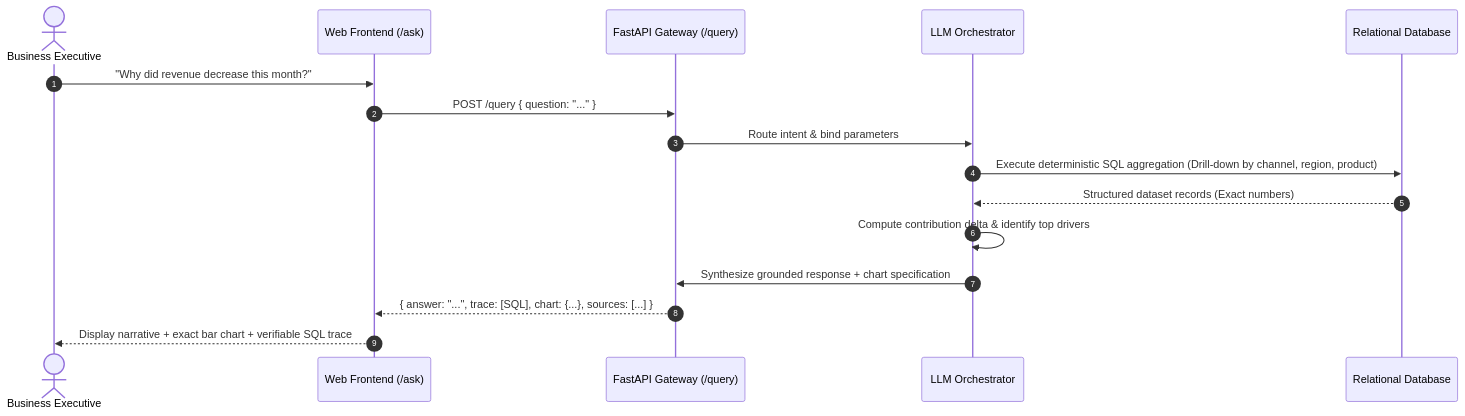
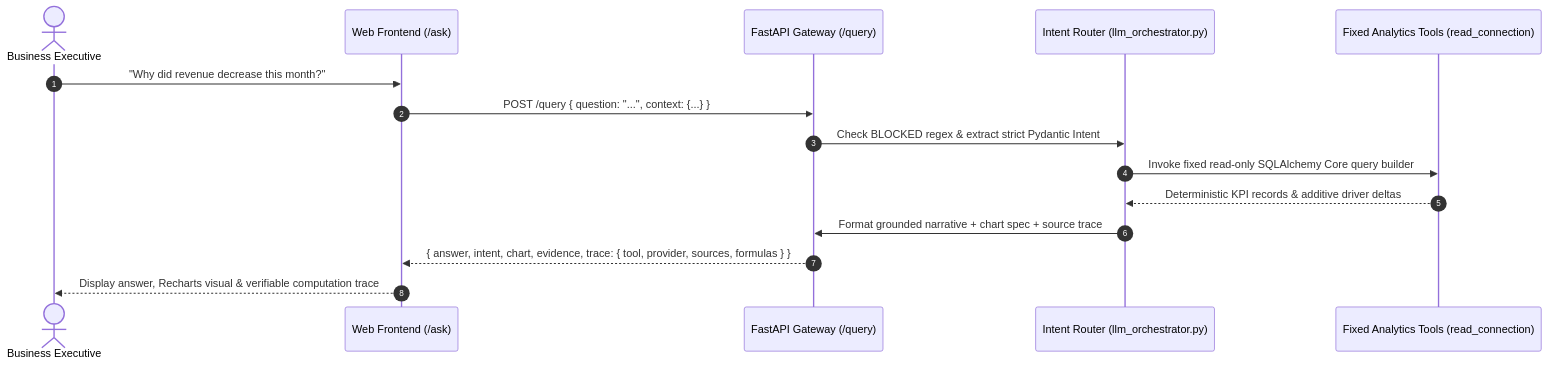
One commit to NguyenTriBaoThang/DecisionPilotAI changed the second of 4 diagrams in ARCHITECTURE.md. Above: the diagram before and after it, drawn with Mermaid. The commit also changed other lines of this file and 67 other files, not shown here.

````diff
--- a/ARCHITECTURE.md
+++ b/ARCHITECTURE.md
@@ -121,19 +125,18 @@
 ```mermaid
 sequenceDiagram
     autonumber
     actor User as Business Executive
     participant UI as Web Frontend (/ask)
     participant API as FastAPI Gateway (/query)
-    participant Engine as LLM Orchestrator
-    participant DB as Relational Database
+    participant Router as Intent Router (llm_orchestrator.py)
+    participant Analytics as Fixed Analytics Tools (read_connection)
 
     User->>UI: "Why did revenue decrease this month?"
-    UI->>API: POST /query { question: "..." }
-    API->>Engine: Route intent & bind parameters
-    Engine->>DB: Execute deterministic SQL aggregation (Drill-down by channel, region, product)
-    DB-->>Engine: Structured dataset records (Exact numbers)
-    Engine->>Engine: Compute contribution delta & identify top drivers
-    Engine->>API: Synthesize grounded response + chart specification
-    API-->>UI: { answer: "...", trace: [SQL], chart: {...}, sources: [...] }
-    UI-->>User: Display narrative + exact bar chart + verifiable SQL trace
+    UI->>API: POST /query { question: "...", context: {...} }
+    API->>Router: Check BLOCKED regex & extract strict Pydantic Intent
+    Router->>Analytics: Invoke fixed read-only SQLAlchemy Core query builder
+    Analytics-->>Router: Deterministic KPI records & additive driver deltas
+    Router->>API: Format grounded narrative + chart spec + source trace
+    API-->>UI: { answer, intent, chart, evidence, trace: { tool, provider, sources, formulas } }
+    UI-->>User: Display answer, Recharts visual & verifiable computation trace
 ```
````
